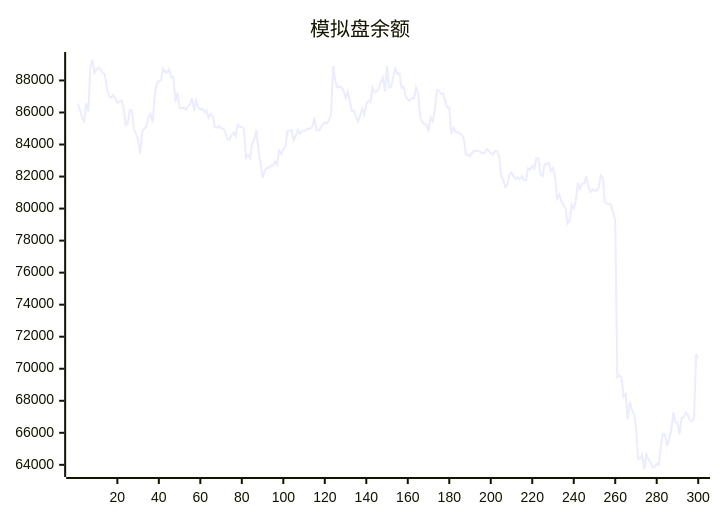
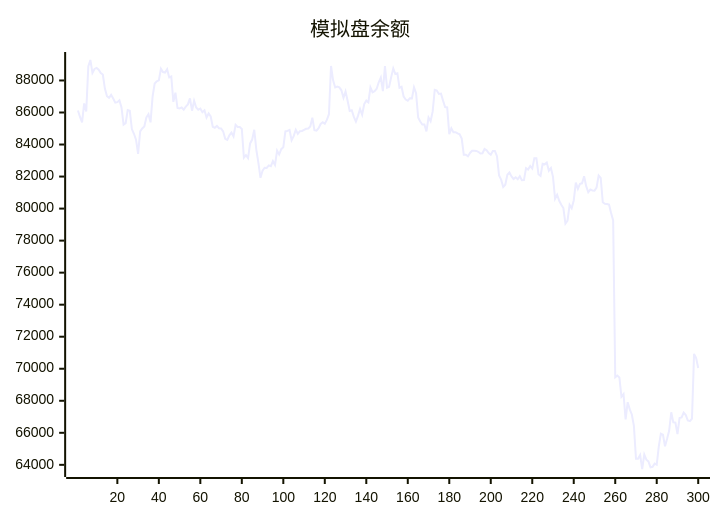
The diagram in README.md (aahl/ai-trading), drawn with Mermaid before and after one commit. The commit also changed other lines of this file and 1 other file, not shown here.

````diff
--- a/README.md
+++ b/README.md
@@ -5,5 +5,5 @@
 ```mermaid
 xychart
     title "模拟盘余额"
-    line [86562,86129,85722,85387,86569,86070,88870,89278,88477,88720,88781,88668,88467,88372,87493,87018,86917,87102,86870,86613,86644,86758,86317,85242,85334,86149,86106,84968,84671,84302,83410,84816,85001,85127,85693,85891,85384,87001,87811,87945,88007,88734,88528,88495,88705,88189,88248,86662,87234,86279,86251,86314,86177,86364,86503,86886,86114,86731,86310,86176,86240,86017,86136,85685,85938,85749,85111,85044,85164,85016,85008,84824,84354,84287,84572,84745,84500,85234,85096,85095,84970,83180,83338,83157,84070,84309,84922,83667,82850,81924,82369,82552,82539,82695,82648,82962,82728,83619,83378,83710,83825,84819,84854,84917,84265,84527,84919,84668,84834,84850,84916,84981,85004,85131,85674,84891,84864,85019,85284,85393,85294,85538,85894,88904,88012,87567,87625,87568,87386,86920,87313,86737,86094,86143,85725,85437,85787,86219,85859,86526,86740,86630,87563,87264,87335,87483,87886,88180,87335,88894,87544,87608,88207,88755,88401,88444,87543,87608,87000,86810,86740,86894,86884,87576,87209,85686,85435,85251,85255,84820,85689,85453,86066,87420,87373,87161,87178,86740,86341,86315,84643,85012,84772,84768,84690,84635,84376,83360,83357,83259,83474,83608,83606,83602,83548,83440,83454,83724,83644,83464,83365,83590,83592,83275,82072,81806,81344,81492,82109,82254,82006,81848,81955,81829,82022,81769,81776,82522,82441,82656,82498,83144,83144,82150,82038,82797,82763,82872,82367,82536,81981,80612,80862,80484,80242,80034,79063,79245,80226,80016,80507,81625,81233,81544,81578,82016,81401,81019,81186,81130,81118,81306,82066,81909,80392,80304,80291,80258,79729,79261,69466,69579,69456,68251,68415,66832,67911,67462,67144,66432,64380,64375,64606,63740,64647,64324,64216,63842,63877,64078,64008,65156,65945,65888,65157,65625,66144,67284,66653,66639,65924,66925,66956,67263,67108,66766,66729,66886,70927,70673]
+    line [86129,85722,85387,86569,86070,88870,89278,88477,88720,88781,88668,88467,88372,87493,87018,86917,87102,86870,86613,86644,86758,86317,85242,85334,86149,86106,84968,84671,84302,83410,84816,85001,85127,85693,85891,85384,87001,87811,87945,88007,88734,88528,88495,88705,88189,88248,86662,87234,86279,86251,86314,86177,86364,86503,86886,86114,86731,86310,86176,86240,86017,86136,85685,85938,85749,85111,85044,85164,85016,85008,84824,84354,84287,84572,84745,84500,85234,85096,85095,84970,83180,83338,83157,84070,84309,84922,83667,82850,81924,82369,82552,82539,82695,82648,82962,82728,83619,83378,83710,83825,84819,84854,84917,84265,84527,84919,84668,84834,84850,84916,84981,85004,85131,85674,84891,84864,85019,85284,85393,85294,85538,85894,88904,88012,87567,87625,87568,87386,86920,87313,86737,86094,86143,85725,85437,85787,86219,85859,86526,86740,86630,87563,87264,87335,87483,87886,88180,87335,88894,87544,87608,88207,88755,88401,88444,87543,87608,87000,86810,86740,86894,86884,87576,87209,85686,85435,85251,85255,84820,85689,85453,86066,87420,87373,87161,87178,86740,86341,86315,84643,85012,84772,84768,84690,84635,84376,83360,83357,83259,83474,83608,83606,83602,83548,83440,83454,83724,83644,83464,83365,83590,83592,83275,82072,81806,81344,81492,82109,82254,82006,81848,81955,81829,82022,81769,81776,82522,82441,82656,82498,83144,83144,82150,82038,82797,82763,82872,82367,82536,81981,80612,80862,80484,80242,80034,79063,79245,80226,80016,80507,81625,81233,81544,81578,82016,81401,81019,81186,81130,81118,81306,82066,81909,80392,80304,80291,80258,79729,79261,69466,69579,69456,68251,68415,66832,67911,67462,67144,66432,64380,64375,64606,63740,64647,64324,64216,63842,63877,64078,64008,65156,65945,65888,65157,65625,66144,67284,66653,66639,65924,66925,66956,67263,67108,66766,66729,66886,70927,70673,70049]
 ```
````
